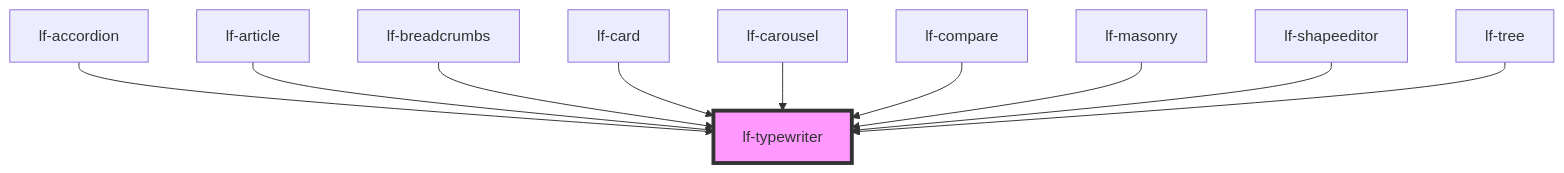
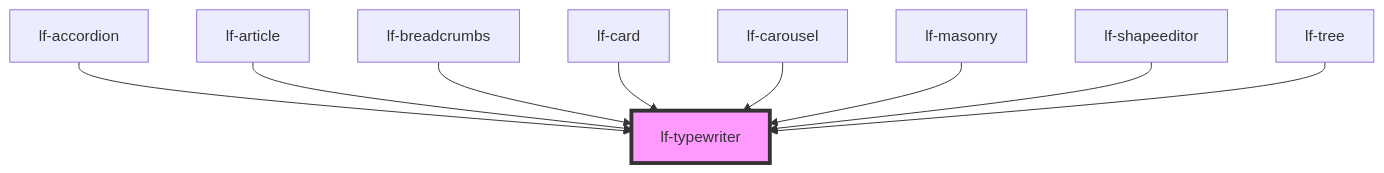
The diagram in packages/core/src/components/lf-typewriter/readme.md (lucafoscili/lf-widgets), drawn with Mermaid before and after one commit. The commit also changed other lines of this file and 191 other files, not shown here.

First line of the commit message:
chore: Refactor to functional component architecture for UI

````diff
--- a/packages/core/src/components/lf-typewriter/readme.md
+++ b/packages/core/src/components/lf-typewriter/readme.md
@@ -116,13 +118,12 @@
 ```mermaid
 graph TD;
   lf-accordion --> lf-typewriter
   lf-article --> lf-typewriter
   lf-breadcrumbs --> lf-typewriter
   lf-card --> lf-typewriter
   lf-carousel --> lf-typewriter
-  lf-compare --> lf-typewriter
   lf-masonry --> lf-typewriter
   lf-shapeeditor --> lf-typewriter
   lf-tree --> lf-typewriter
   style lf-typewriter fill:#f9f,stroke:#333,stroke-width:4px
 ```
````
